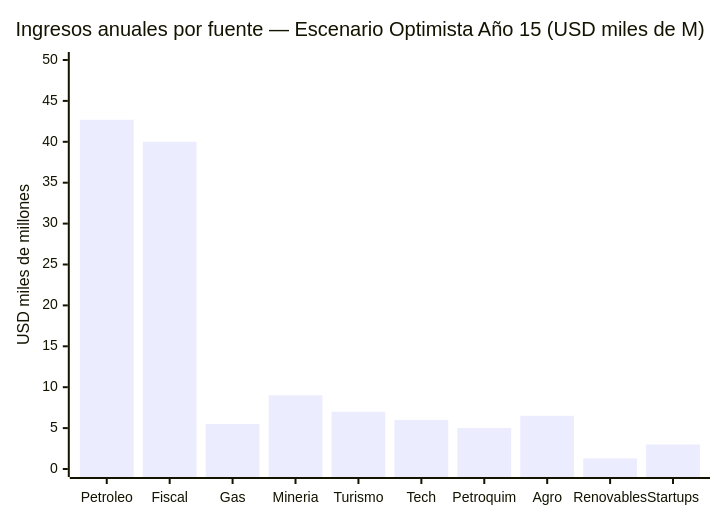
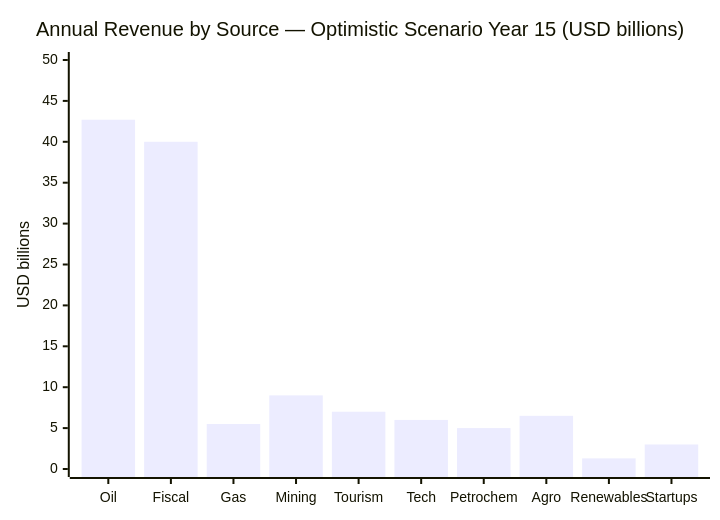
One commit to Venezuela-S-A/venezuela-sa changed the second of 10 diagrams in i18n/en/docusaurus-plugin-content-docs/current/07-ejecucion/el-sueno.md. Above: the diagram before and after it, drawn with Mermaid. The commit also changed other lines of this file and 127 other files, not shown here.

````diff
--- a/i18n/en/docusaurus-plugin-content-docs/current/07-ejecucion/el-sueno.md
+++ b/i18n/en/docusaurus-plugin-content-docs/current/07-ejecucion/el-sueno.md
@@ -245,7 +245,7 @@
 ```mermaid
 xychart-beta
-    title "Ingresos anuales por fuente — Escenario Optimista Año 15 (USD miles de M)"
-    x-axis ["Petroleo", "Fiscal", "Gas", "Mineria", "Turismo", "Tech", "Petroquim", "Agro", "Renovables", "Startups"]
-    y-axis "USD miles de millones" 0 --> 50
+    title "Annual Revenue by Source — Optimistic Scenario Year 15 (USD billions)"
+    x-axis ["Oil", "Fiscal", "Gas", "Mining", "Tourism", "Tech", "Petrochem", "Agro", "Renewables", "Startups"]
+    y-axis "USD billions" 0 --> 50
     bar [42.7, 40, 5.5, 9, 7, 6, 5, 6.5, 1.3, 3]
 ```
````
